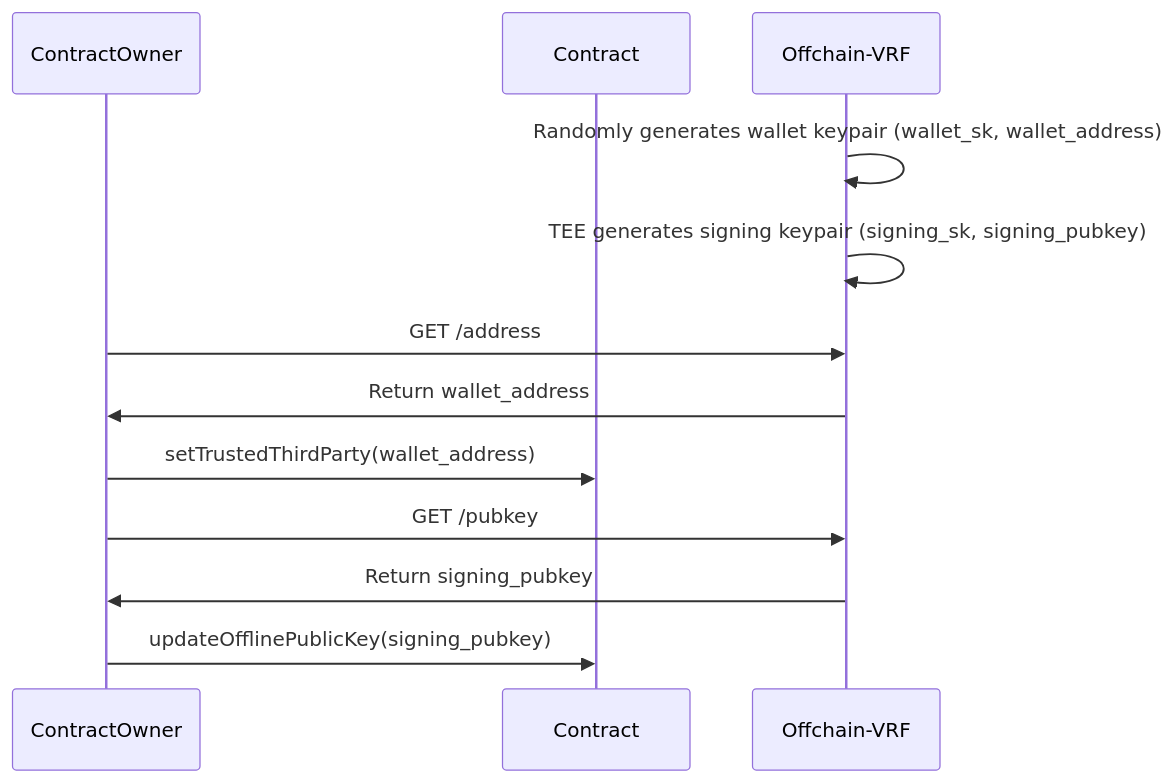
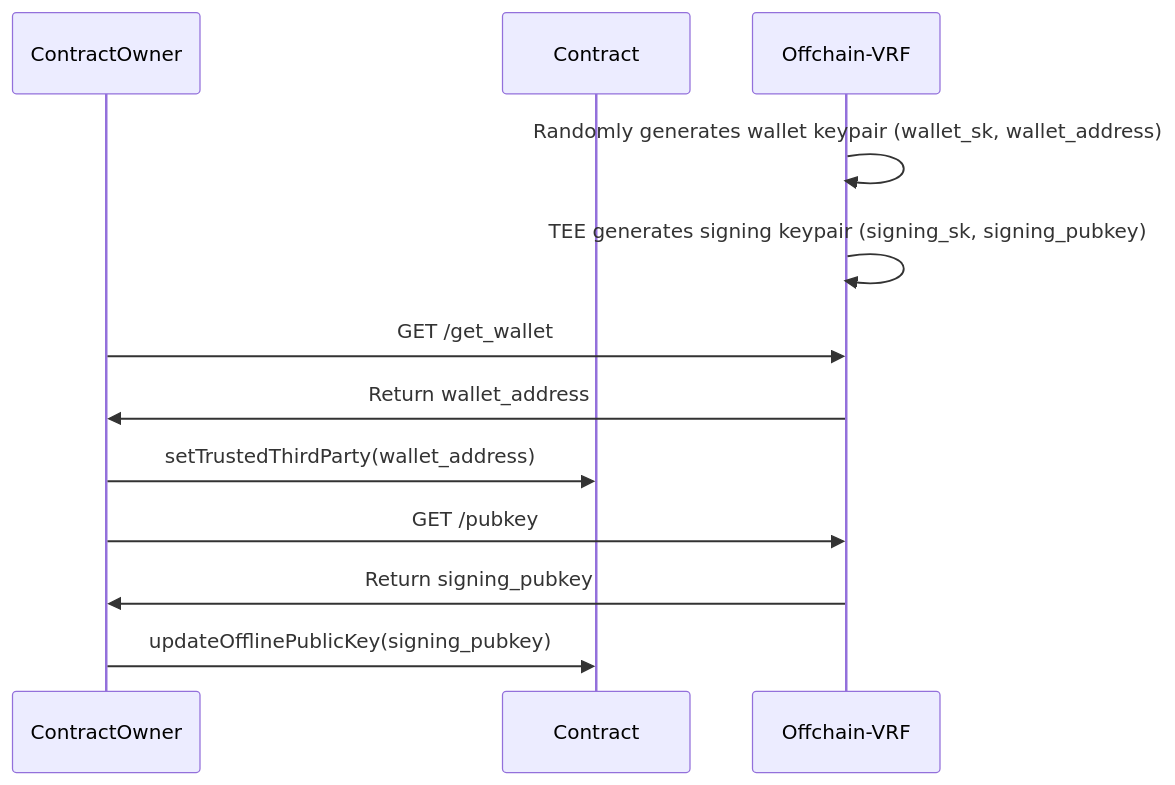
Before and after one commit to Phala-Network/phala-cloud-vrf-template: the first of 2 diagrams in README.md, drawn with Mermaid. The commit also changed other lines of this file and 3 other files, not shown here.

````diff
--- a/README.md
+++ b/README.md
@@ -24,15 +24,15 @@
 ```mermaid
 sequenceDiagram
     participant ContractOwner
     participant Contract
     participant Offchain-VRF
   
     Offchain-VRF->>Offchain-VRF: Randomly generates wallet keypair (wallet_sk, wallet_address)
     Offchain-VRF->>Offchain-VRF: TEE generates signing keypair (signing_sk, signing_pubkey)
-    ContractOwner->>Offchain-VRF: GET /address
+    ContractOwner->>Offchain-VRF: GET /get_wallet
     Offchain-VRF->>ContractOwner: Return wallet_address
     ContractOwner->>Contract: setTrustedThirdParty(wallet_address)
     ContractOwner->>Offchain-VRF: GET /pubkey
     Offchain-VRF->>ContractOwner: Return signing_pubkey
     ContractOwner->>Contract: updateOfflinePublicKey(signing_pubkey)
 ```
````
